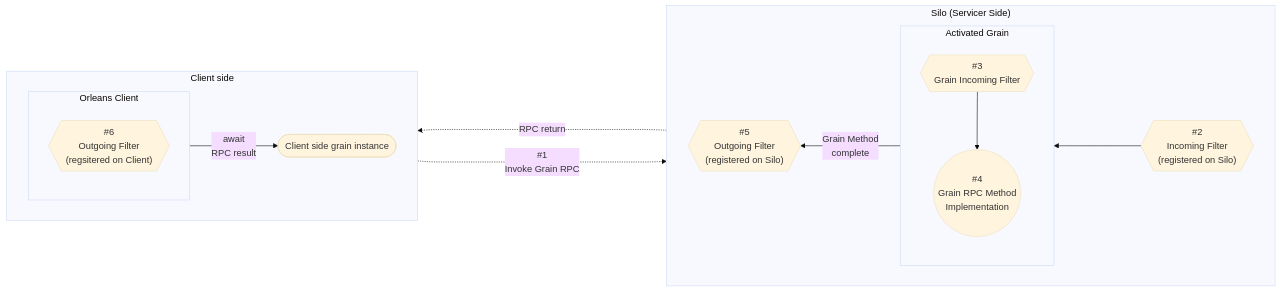
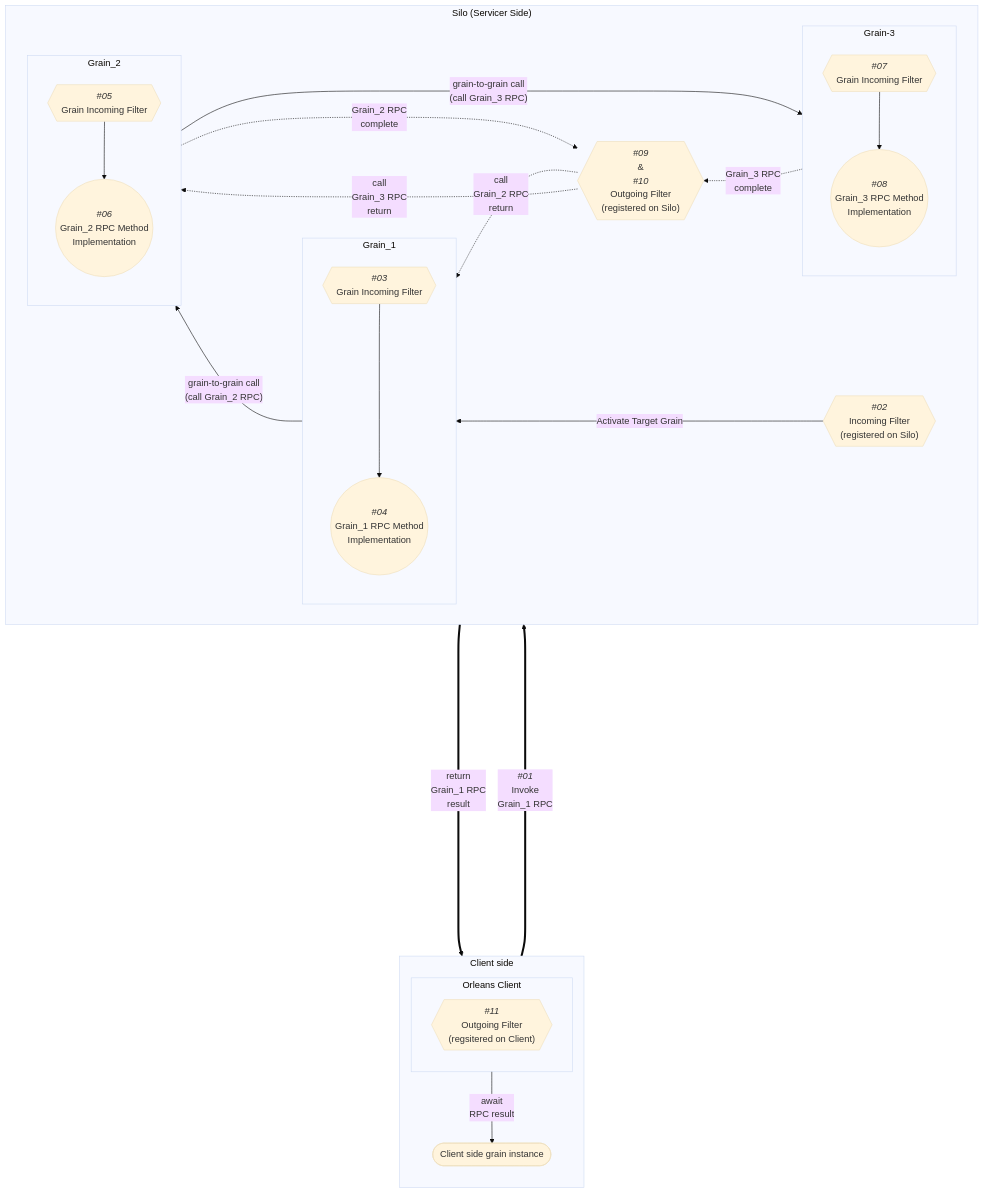
The diagram in articles/day27/20221012.md (windperson/2022ithome_30days), drawn with Mermaid (base theme) before and after one commit. The commit also changed other lines of this file and 1 other file, not shown here.

````diff
--- a/articles/day27/20221012.md
+++ b/articles/day27/20221012.md
@@ -17,28 +17,44 @@
 ```mermaid
 %%{ init: { 'flowchart': { 'curve': 'nature' } } }%%
-flowchart RL
+flowchart
   subgraph client_side[Client side]
-  direction LR
+  direction TB
   rpc_i([Client side grain instance])
   subgraph client[Orleans Client]
-  direction TB
-  cof{{"#6<br/>Outgoing Filter<br/>(regsitered on Client)"}}
+  cof{{"<i>#11</i><br/>Outgoing Filter<br/>(regsitered on Client)"}}
   end 
   end
-  rpc_i-......->|"#1<br/>Invoke Grain RPC"|isf
   subgraph silo ["Silo (Servicer Side)"]
   direction RL
-  isf{{"#2<br/>Incoming Filter<br/>(registered on Silo)"}}
-  osf{{"#5<br/>Outgoing Filter<br/>(registered on Silo)"}}
-  subgraph grain[Activated Grain]
+  isf{{"<i>#02</i><br/>Incoming Filter<br/>(registered on Silo)"}}
+  osf{{"<i>#09</i><br/>&<br/><i>#10</i><br/>Outgoing Filter<br/>(registered on Silo)"}}
+  subgraph grain1[Grain_1]
   direction TB
-  gif{{"#3<br/>Grain Incoming Filter"}}
-  gmi(("#4<br/>Grain RPC Method<br/>Implementation"))
-  gif --> gmi
+  gif1{{"<i>#03</i><br/>Grain Incoming Filter"}}
+  gmi1(("<i>#04</i><br/>Grain_1 RPC Method<br/>Implementation"))
+  gif1 ----> gmi1
   end
-  isf ---> grain
-  grain --> |Grain Method<br/>complete| osf
+  subgraph grain2[Grain_2]
+  direction TB
+  gif2{{"<i>#05</i><br/>Grain Incoming Filter"}}
+  gmi2(("<i>#06</i><br/>Grain_2 RPC Method<br/>Implementation"))
+  gif2 --> gmi2
   end
-  osf -.->|RPC return| client
-  client -->|await<br/>RPC result| rpc_i
+  subgraph grain3[Grain-3]
+  direction TB
+  gif3{{"<i>#07</i><br/>Grain Incoming Filter"}}
+  gmi3(("<i>#08</i><br/>Grain_3 RPC Method<br/>Implementation"))
+  gif3 --> gmi3
+  end
+  isf --->|Activate Target Grain| grain1
+  gmi1 --> |"grain-to-grain call<br/>(call Grain_2 RPC)"| grain2
+  gmi2 --> |"grain-to-grain call<br/>(call Grain_3 RPC)"| grain3
+  gmi2 -.-> |Grain_2 RPC<br/>complete| osf
+  gmi3 -.-> |Grain_3 RPC<br/>complete| osf
+  osf -.-> |"call<br/>Grain_3 RPC<br/>return"|gmi2
+  osf -.-> |"call<br/>Grain_2 RPC<br/>return"|gmi1
+  end
+  grain1 ==> |return<br/>Grain_1 RPC<br/>result| cof
+  rpc_i ============> |"<i>#01</i><br/>Invoke<br/>Grain_1 RPC"|isf
+  client --> |await<br/>RPC result| rpc_i
 ```
````
